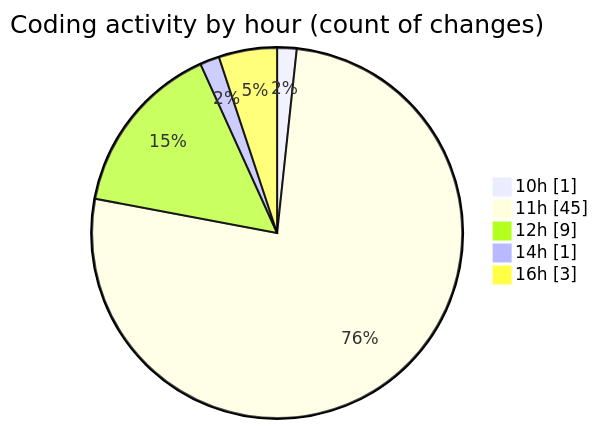
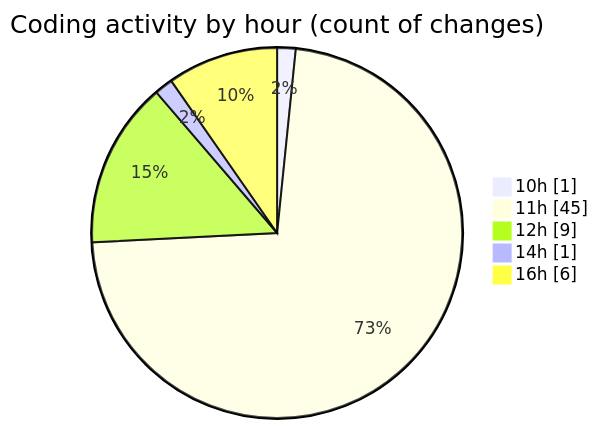
One commit to nxtqubesakshisongat/code-tracking changed the second of 2 diagrams in 2025-08-03/nxtqube_webapp/README.md. Above: the diagram before and after it, drawn with Mermaid. The commit also changed other lines of this file and 1 other file, not shown here.

````diff
--- a/2025-08-03/nxtqube_webapp/README.md
+++ b/2025-08-03/nxtqube_webapp/README.md
@@ -38,9 +39,9 @@
 ```mermaid
 pie showData
 title Coding activity by hour (count of changes)
 "10h" : 1
 "11h" : 45
 "12h" : 9
 "14h" : 1
-"16h" : 3
+"16h" : 6
 ```
````
